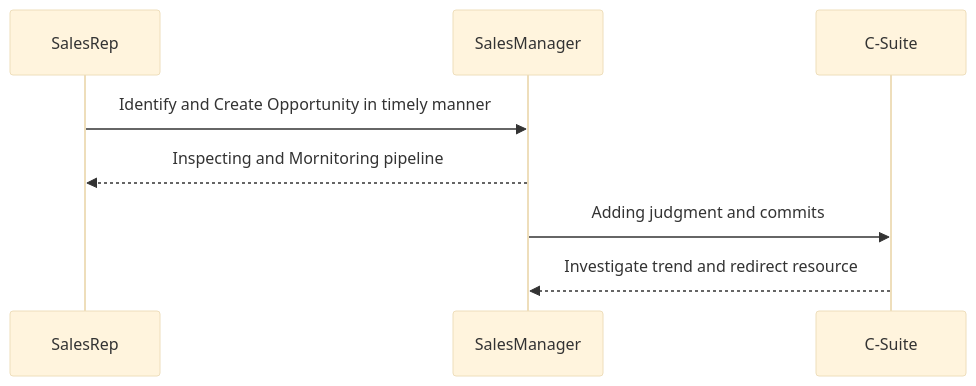
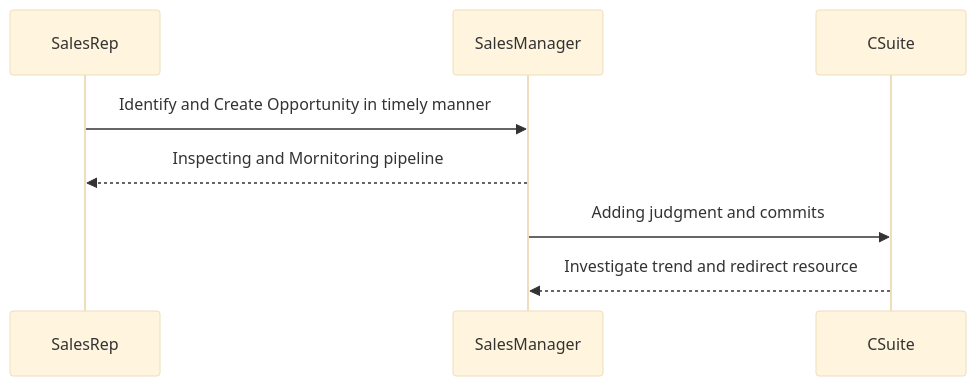
The diagram in _posts/2023-09-25-SalesForecasting.md (zhangjiacheng/zhangjiacheng.github.io), drawn with Mermaid (base theme) before and after one commit.

Commit message:
salesforce forecasting post adjustments 8

```diff
--- a/_posts/2023-09-25-SalesForecasting.md
+++ b/_posts/2023-09-25-SalesForecasting.md
@@ -141,7 +141,8 @@
 <div class="mermaid">
 sequenceDiagram;
   SalesRep->>SalesManager: Identify and Create Opportunity in timely manner;
   SalesManager-->>SalesRep: Inspecting and Mornitoring pipeline;
-  SalesManager->>C-Suite: Adding judgment and commits;
-  C-Suite-->>SalesManager: Investigate trend and redirect resource;
+  SalesManager->>CSuite: Adding judgment and commits;
+  CSuite-->>SalesManager: Investigate trend and redirect resource;
+  
 </div>
```
